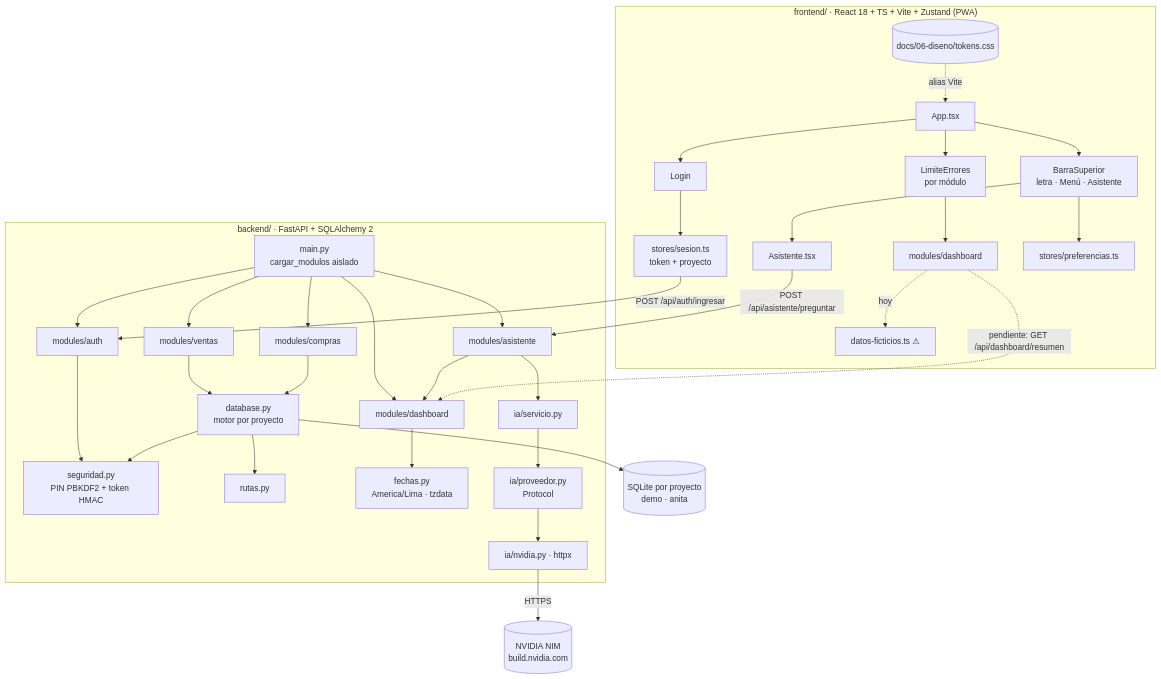
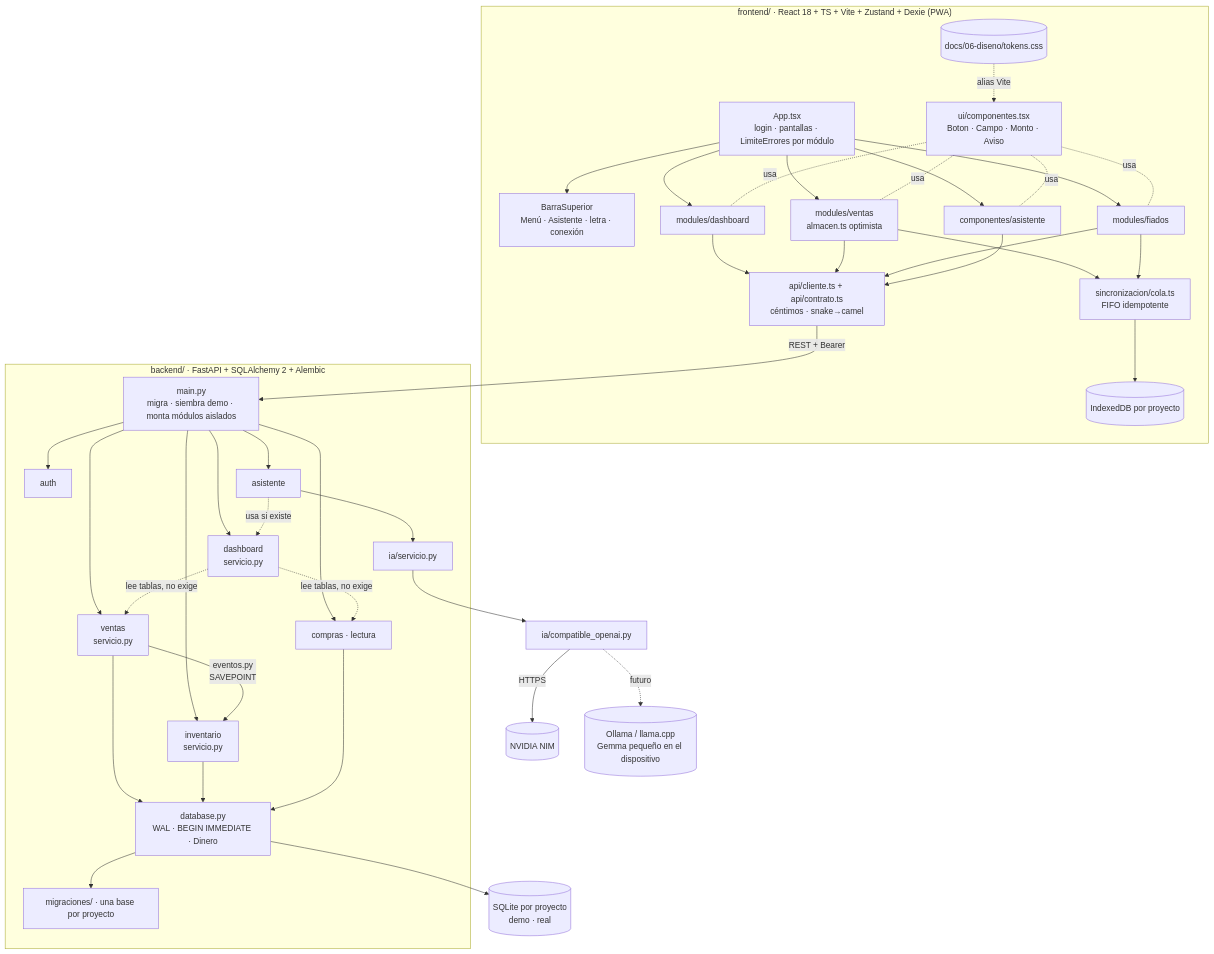
Before and after one commit to JoseFM2808/Mi-puestito: the first of 2 diagrams in .ai-context/02-arquitectura.md, drawn with Mermaid. The commit also changed other lines of this file and 45 other files, not shown here.

````diff
--- a/.ai-context/02-arquitectura.md
+++ b/.ai-context/02-arquitectura.md
@@ -17,37 +19,36 @@
 ```mermaid
 flowchart TB
-    subgraph FE["frontend/ · React 18 + TS + Vite + Zustand (PWA)"]
-        App[App.tsx] --> LE[LimiteErrores<br/>por módulo]
-        LE --> Dash[modules/dashboard]
-        App --> Barra[BarraSuperior<br/>letra · Menú · Asistente]
-        App --> Login[Login]
-        Barra --> Asis[Asistente.tsx]
-        Login --> SSes[stores/sesion.ts<br/>token + proyecto]
-        Barra --> SPref[stores/preferencias.ts]
-        Tokens[(docs/06-diseno/tokens.css)] -.alias Vite.-> App
-        Dash -. hoy .-> Ficticio[datos-ficticios.ts ⚠]
+    subgraph FE["frontend/ · React 18 + TS + Vite + Zustand + Dexie (PWA)"]
+        App[App.tsx<br/>login · pantallas · LimiteErrores por módulo] --> Barra[BarraSuperior<br/>Menú · Asistente · letra · conexión]
+        App --> Caja[modules/dashboard]
+        App --> Ven[modules/ventas<br/>almacen.ts optimista]
+        App --> Fia[modules/fiados]
+        App --> Asis[componentes/asistente]
+        Ven & Fia --> Cola[sincronizacion/cola.ts<br/>FIFO idempotente]
+        Cola --> IDB[(IndexedDB por proyecto)]
+        Caja & Ven & Fia & Asis --> Api[api/cliente.ts + api/contrato.ts<br/>céntimos · snake→camel]
+        UI[ui/componentes.tsx<br/>Boton · Campo · Monto · Aviso] -.usa.- Caja & Ven & Fia & Asis
+        Tokens[(docs/06-diseno/tokens.css)] -.alias Vite.-> UI
     end
 
-    subgraph BE["backend/ · FastAPI + SQLAlchemy 2"]
-        Main[main.py<br/>cargar_modulos aislado] --> MAuth[modules/auth]
-        Main --> MDash[modules/dashboard]
-        Main --> MVen[modules/ventas]
-        Main --> MCom[modules/compras]
-        Main --> MAsi[modules/asistente]
-        MAuth --> Seg[seguridad.py<br/>PIN PBKDF2 + token HMAC]
-        MVen & MCom --> DB[database.py<br/>motor por proyecto]
-        DB --> Seg
-        DB --> Rutas[rutas.py]
-        MDash --> Fechas[fechas.py<br/>America/Lima · tzdata]
-        MAsi --> MDash
+    subgraph BE["backend/ · FastAPI + SQLAlchemy 2 + Alembic"]
+        Main[main.py<br/>migra · siembra demo · monta módulos aislados] --> MAuth[auth]
+        Main --> MDash[dashboard<br/>servicio.py]
+        Main --> MVen[ventas<br/>servicio.py]
+        Main --> MCom[compras · lectura]
+        Main --> MInv[inventario<br/>servicio.py]
+        Main --> MAsi[asistente]
+        MVen -- eventos.py<br/>SAVEPOINT --> MInv
+        MDash -. lee tablas, no exige .-> MVen & MCom
+        MAsi -. usa si existe .-> MDash
         MAsi --> IA[ia/servicio.py]
-        IA --> Prov[ia/proveedor.py<br/>Protocol]
-        Prov --> NV[ia/nvidia.py · httpx]
+        MVen & MInv & MCom --> DB[database.py<br/>WAL · BEGIN IMMEDIATE · Dinero]
+        DB --> Mig[migraciones/ · una base por proyecto]
     end
 
-    SSes -- POST /api/auth/ingresar --> MAuth
-    Asis -- POST /api/asistente/preguntar --> MAsi
-    Dash -. pendiente: GET /api/dashboard/resumen .-> MDash
-    NV -- HTTPS --> NIM[(NVIDIA NIM<br/>build.nvidia.com)]
-    DB --> SQL[(SQLite por proyecto<br/>demo · anita)]
+    Api -- REST + Bearer --> Main
+    IA --> Prov[ia/compatible_openai.py]
+    Prov -- HTTPS --> NIM[(NVIDIA NIM)]
+    Prov -. futuro .-> Local[(Ollama / llama.cpp<br/>Gemma pequeño en el dispositivo)]
+    DB --> SQL[(SQLite por proyecto<br/>demo · real)]
 ```
````
